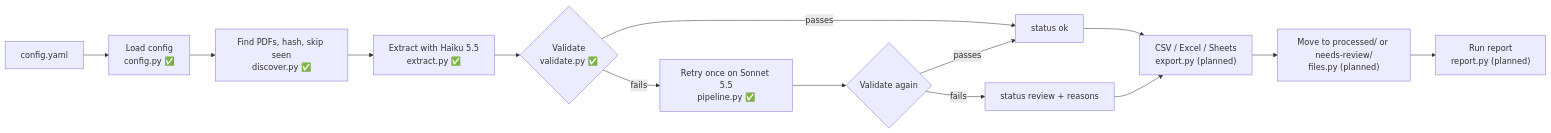
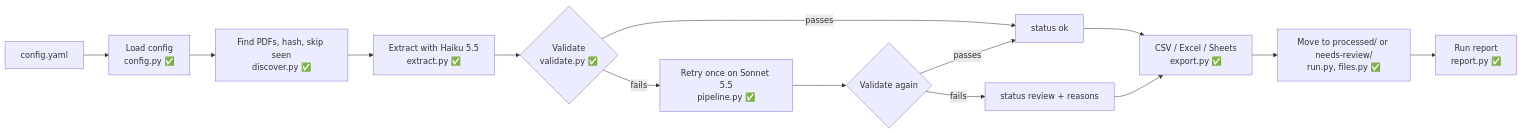
One commit to yahani/ibis changed the first of 4 diagrams in ARCHITECTURE.md. Above: the diagram before and after it, drawn with Mermaid. The commit also changed other lines of this file and 2 other files, not shown here.

Commit message:
PROGRESS.md and ARCHITECTURE.md for session 4

````diff
--- a/ARCHITECTURE.md
+++ b/ARCHITECTURE.md
@@ -19,16 +19,16 @@
 ```mermaid
 flowchart LR
     cfg[config.yaml] --> load["Load config<br/>config.py ✅"]
     load --> find["Find PDFs, hash, skip seen<br/>discover.py ✅"]
     find --> extract["Extract with Haiku 5.5<br/>extract.py ✅"]
     extract --> check{"Validate<br/>validate.py ✅"}
     check -- fails --> retry["Retry once on Sonnet 5.5<br/>pipeline.py ✅"]
     retry --> check2{"Validate again"}
     check -- passes --> ok["status ok"]
     check2 -- passes --> ok
     check2 -- fails --> review["status review + reasons"]
-    ok --> export["CSV / Excel / Sheets<br/>export.py (planned)"]
+    ok --> export["CSV / Excel / Sheets<br/>export.py ✅"]
     review --> export
-    export --> move["Move to processed/ or needs-review/<br/>files.py (planned)"]
-    move --> report["Run report<br/>report.py (planned)"]
+    export --> move["Move to processed/ or needs-review/<br/>run.py, files.py ✅"]
+    move --> report["Run report<br/>report.py ✅"]
 ```
````
